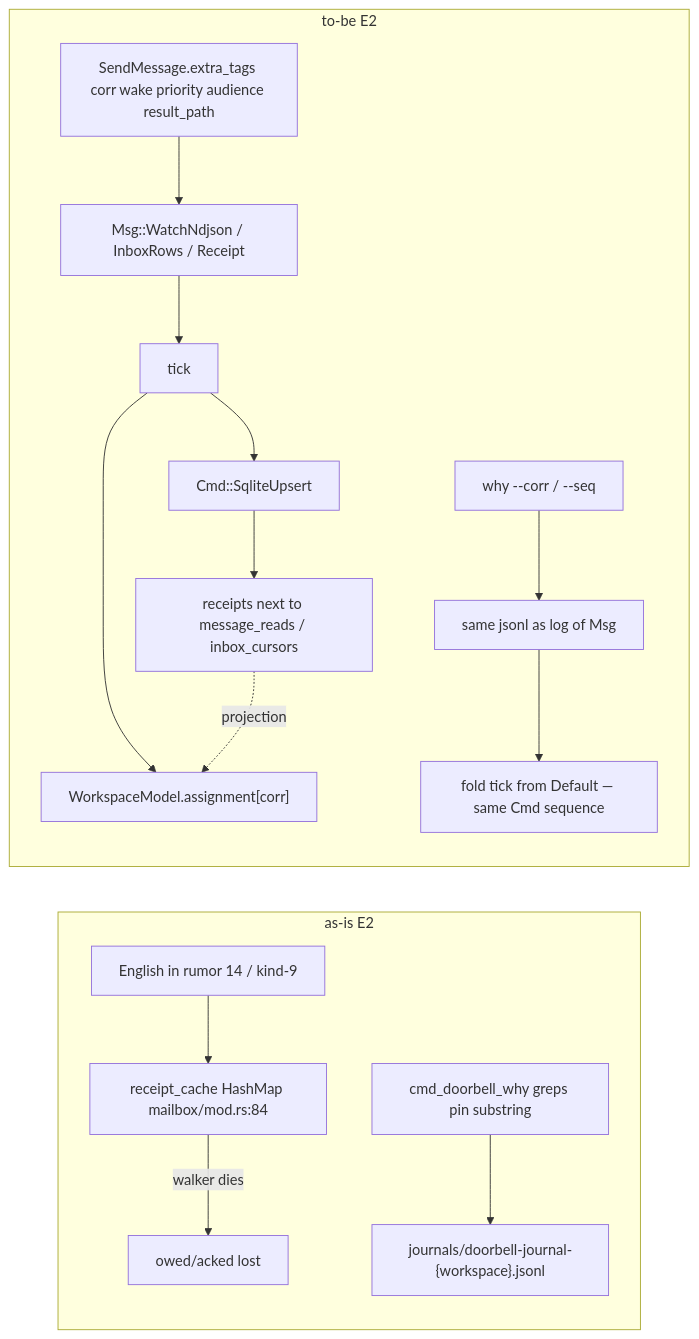
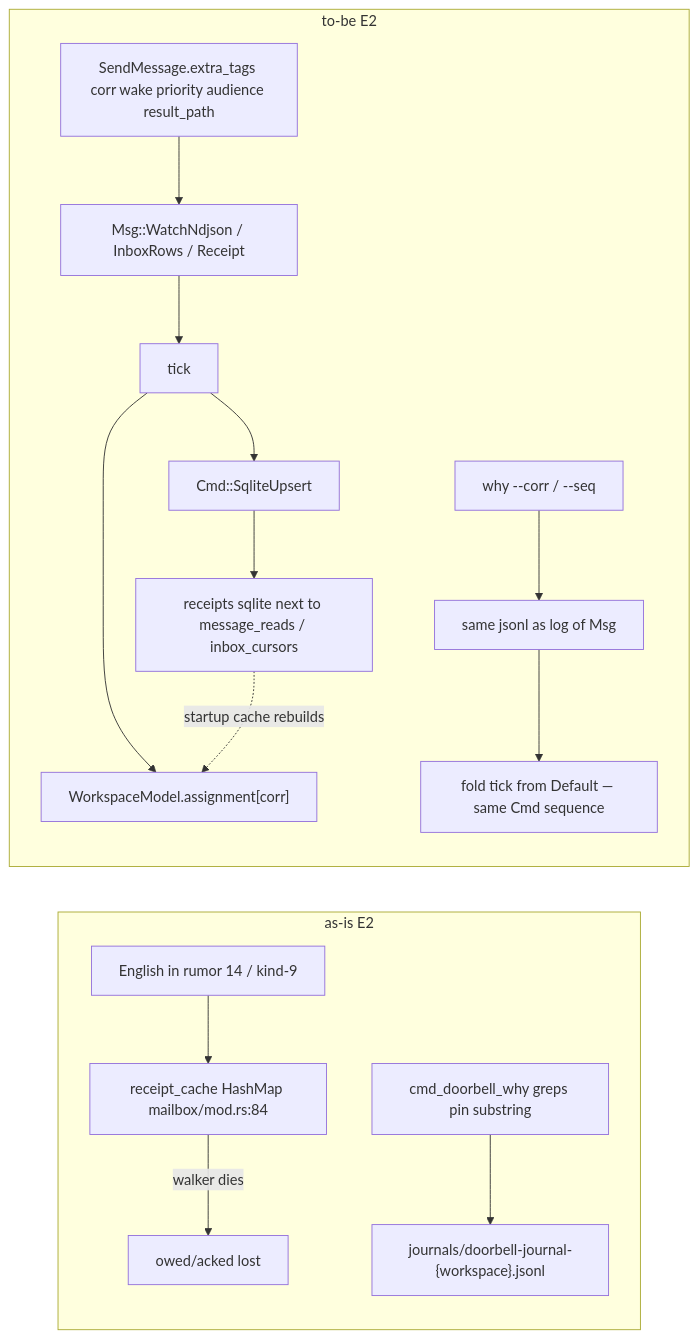
The seventh of 20 diagrams in docs/decisions/0027-one-workspace-tick-control-plane.md (bangedorrunt/toron), drawn with Mermaid before and after one commit. The commit also changed other lines of this file, not shown here.

First line of the commit message:
docs(adr): ADR-0027 — pin receipts store direction everywhere

````diff
--- a/docs/decisions/0027-one-workspace-tick-control-plane.md
+++ b/docs/decisions/0027-one-workspace-tick-control-plane.md
@@ -412,20 +412,20 @@
 ```mermaid
 flowchart LR
   subgraph e2now["as-is E2"]
     direction TB
     enNow["English in rumor 14 / kind-9"] --> hmNow["receipt_cache HashMap mailbox/mod.rs:84"]
     hmNow -->|walker dies| lostE2["owed/acked lost"]
     whyNow["cmd_doorbell_why greps pin substring"] --> jsonlNow["journals/doorbell-journal-{workspace}.jsonl"]
   end
   subgraph e2later["to-be E2"]
     direction TB
     tagsE2["SendMessage.extra_tags corr wake priority audience result_path"] --> recvE2["Msg::WatchNdjson / InboxRows / Receipt"]
     recvE2 --> tE2["tick"]
     tE2 --> asgE2["WorkspaceModel.assignment[corr]"]
     tE2 --> sqlE2["Cmd::SqliteUpsert"]
-    sqlE2 --> sqE2["receipts next to message_reads / inbox_cursors"]
-    sqE2 -.->|projection| asgE2
+    sqlE2 --> sqE2["receipts sqlite next to message_reads / inbox_cursors"]
+    sqE2 -.->|startup cache rebuilds| asgE2
     whyE2["why --corr / --seq"] --> jsonlE2["same jsonl as log of Msg"]
     jsonlE2 --> foldE2["fold tick from Default — same Cmd sequence"]
   end
 ```
````
